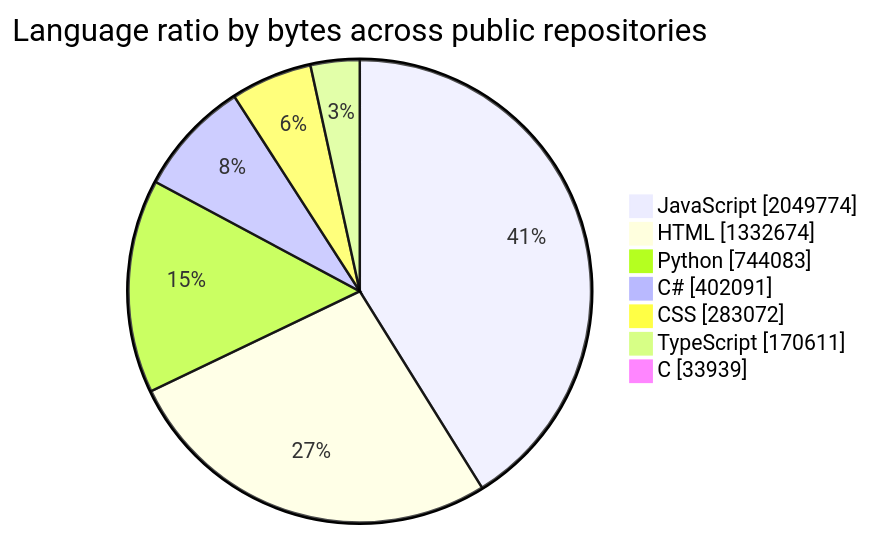
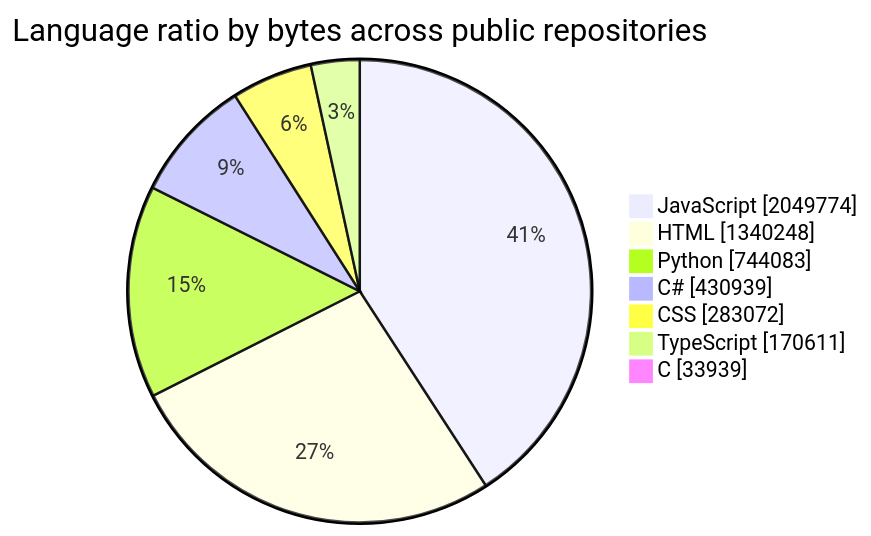
The first of 2 diagrams in README.md (tchinso/tchinso), drawn with Mermaid before and after one commit. The commit also changed other lines of this file, not shown here.

````diff
--- a/README.md
+++ b/README.md
@@ -24,11 +24,11 @@
 ```mermaid
 pie showData
     title Language ratio by bytes across public repositories
     "JavaScript" : 2049774
-    "HTML" : 1332674
+    "HTML" : 1340248
     "Python" : 744083
-    "C#" : 402091
+    "C#" : 430939
     "CSS" : 283072
     "TypeScript" : 170611
     "C" : 33939
 ```
````
